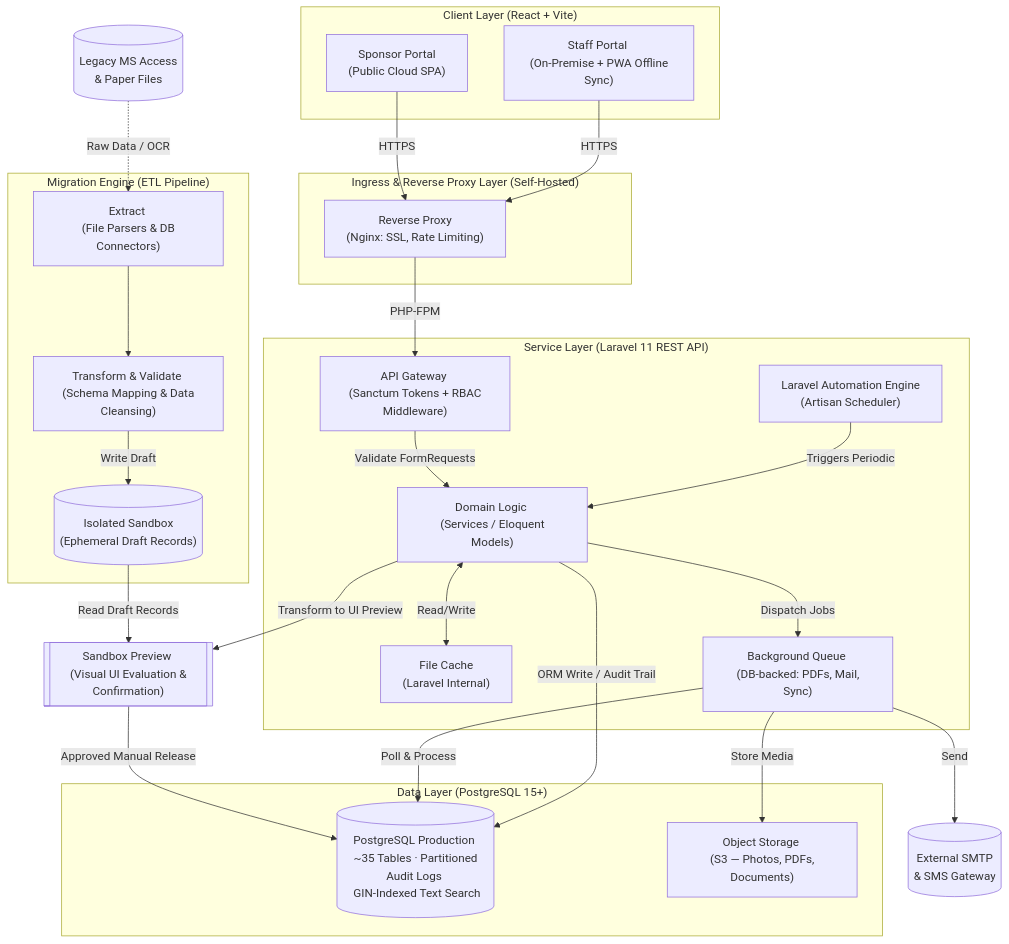
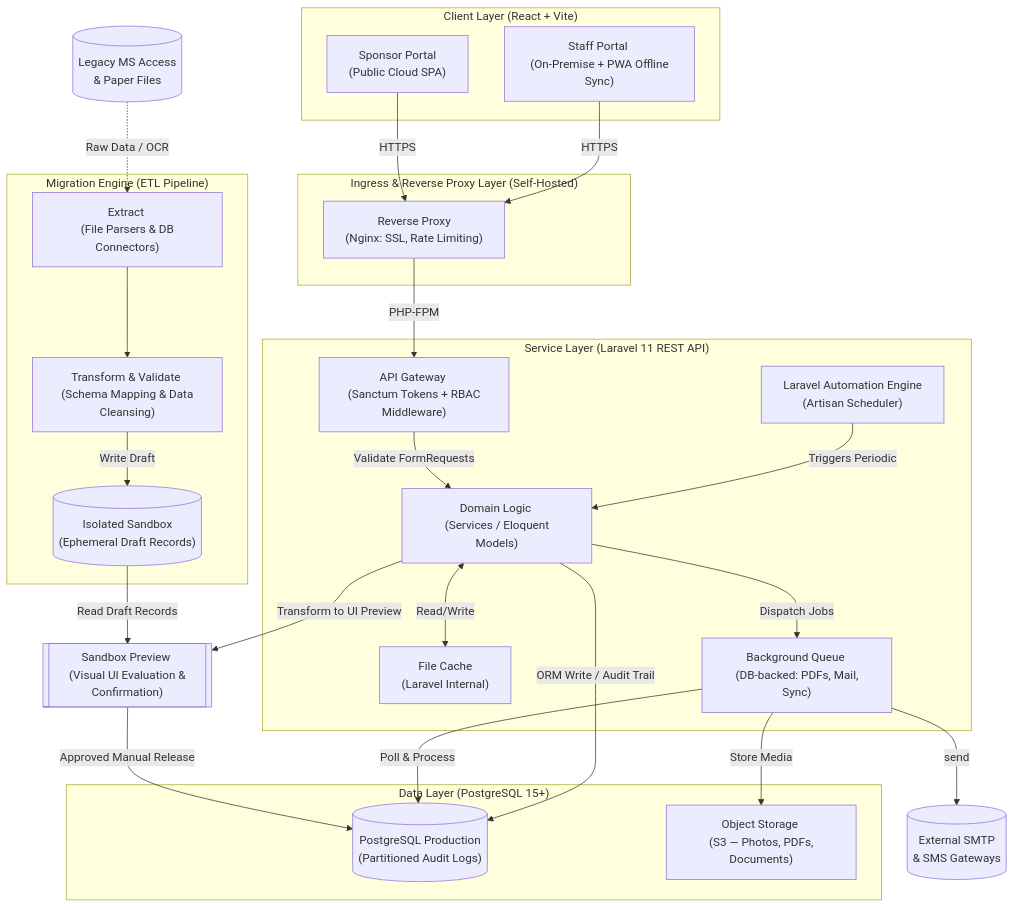
One commit to TainYanTun/BHSMS-Architectural-Blueprint changed the diagram in technical/Architecture.mmd. Above: the diagram before and after it, drawn with Mermaid. The commit also changed 14 other files, not shown here.

```diff
--- a/technical/Architecture.mmd
+++ b/technical/Architecture.mmd
@@ -1,79 +1,79 @@
 graph TD
     %% --- STREAMLINED FRONTEND LAYER ---
     subgraph ClientLayer ["Client Layer (React + Vite)"]
         SP["Sponsor Portal <br/> (Public Cloud SPA)"]
         ST["Staff Portal <br/> (On-Premise + PWA Offline Sync)"]
     end
 
     %% --- INFRASTRUCTURE & PROXY ---
     subgraph RP ["Ingress & Reverse Proxy Layer (Self-Hosted)"]
         Proxy["Reverse Proxy <br/> (Nginx: SSL, Rate Limiting)"]
     end
 
     %% --- CORE APP LAYER ---
     subgraph SL ["Service Layer (Laravel 11 REST API)"]
         Auth["API Gateway <br/> (Sanctum Tokens + RBAC Middleware)"]
         Sched["Laravel Automation Engine <br/> (Artisan Scheduler)"]
         Logic["Domain Logic <br/> (Services / Eloquent Models)"]
         Cache["File Cache <br/> (Laravel Internal)"]
         Jobs["Background Queue <br/> (DB-backed: PDFs, Mail, Sync)"]
         
         Auth -->|Validate FormRequests| Logic
         Sched -->|Triggers Periodic| Logic
     end
 
     %% --- MIGRATION PIPELINE (ETL with Gatekeeper) ---
     Legacy[(Legacy MS Access <br/> & Paper Files)]
     
     subgraph ETL ["Migration Engine (ETL Pipeline)"]
         Ext["Extract <br/> (File Parsers & DB Connectors)"]
         Trans["Transform & Validate <br/> (Schema Mapping & Data Cleansing)"]
         Stage[("Isolated Sandbox <br/> (Ephemeral Draft Records)")]
         
         Ext --> Trans
         Trans -->|Write Draft| Stage
     end
 
     %% --- THE GATEKEEPER ---
     Gate[["Sandbox Preview <br/> (Visual UI Evaluation & Confirmation)"]]
 
     %% --- DATA & PERSISTENCE ---
     subgraph DL ["Data Layer (PostgreSQL 15+)"]
-        DB[("PostgreSQL Production <br/> ~35 Tables · Partitioned Audit Logs <br/> GIN-Indexed Text Search")]
+        DB[("PostgreSQL Production <br/>(Partitioned Audit Logs)")]
         File["Object Storage <br/> (S3 — Photos, PDFs, Documents)"]
     end
 
     %% --- OUTBOUND ---
-    ExtS[(External SMTP <br/> & SMS Gateway)]
+    ExtDelivery[(External SMTP <br> & SMS Gateways)]
 
     %% ==========================================
     %% DATA FLOW PIPELINES
     %% ==========================================
     
     %% Ingress Flow
     %% ── Alternative: add Cloudflare Tunnel + Cloudflare Access (Auth Gate) ──
     %%   If office is behind CGNAT or remote staff access is needed later:
     %%   1. Install cloudflared on server (outbound tunnel, no open ports)
     %%   2. Point staff.banglohope.org to the tunnel
     %%   3. Enable Cloudflare Access for auth before traffic reaches Nginx
     %%   Diagram: ST -->|HTTPS + Auth| Access --> Tunnel -->|Private link| Proxy
     %% ─────────────────────────────────────────────────────────────────────────
     SP & ST -->|HTTPS| Proxy
     Proxy -->|PHP-FPM| Auth
 
     %% Migration / ETL Flow with Gatekeeper
     Legacy -.->|Raw Data / OCR| Ext
     Stage -->|Read Draft Records| Gate
     Gate -->|Approved Manual Release| DB
 
     %% Caching & Queue
     Logic <-->|Read/Write| Cache
     Logic -->|Dispatch Jobs| Jobs
     Jobs -->|Poll & Process| DB
 
     %% Persistence & Outbound Pipelines
     Logic -->|ORM Write / Audit Trail| DB
-    Jobs -->|Store Media| File 
-    Jobs -->|Send| ExtS
+    Jobs -->|send| ExtDelivery
+    Jobs -->|Store Media| File
 
     Logic -->|Transform to UI Preview| Gate
```
